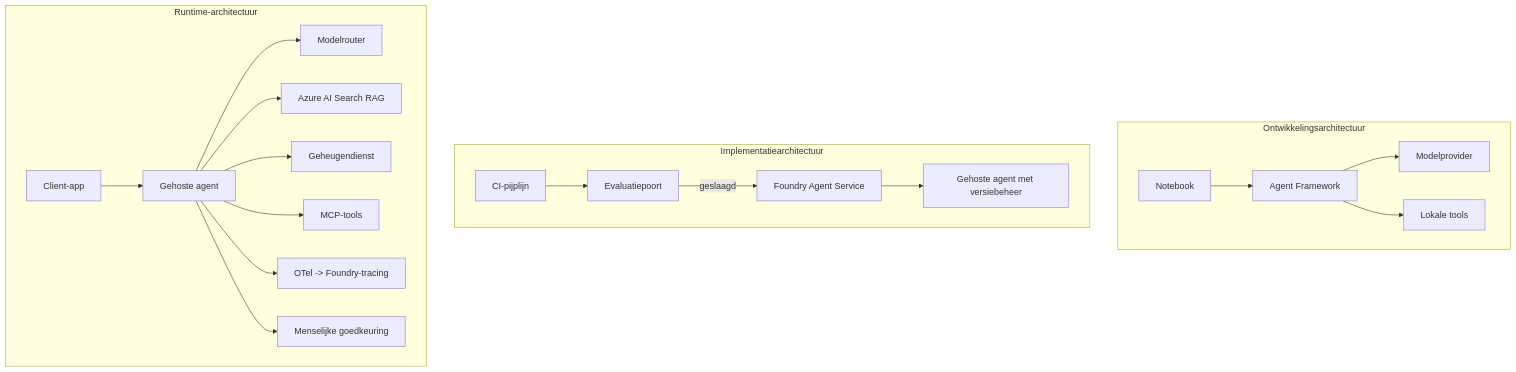
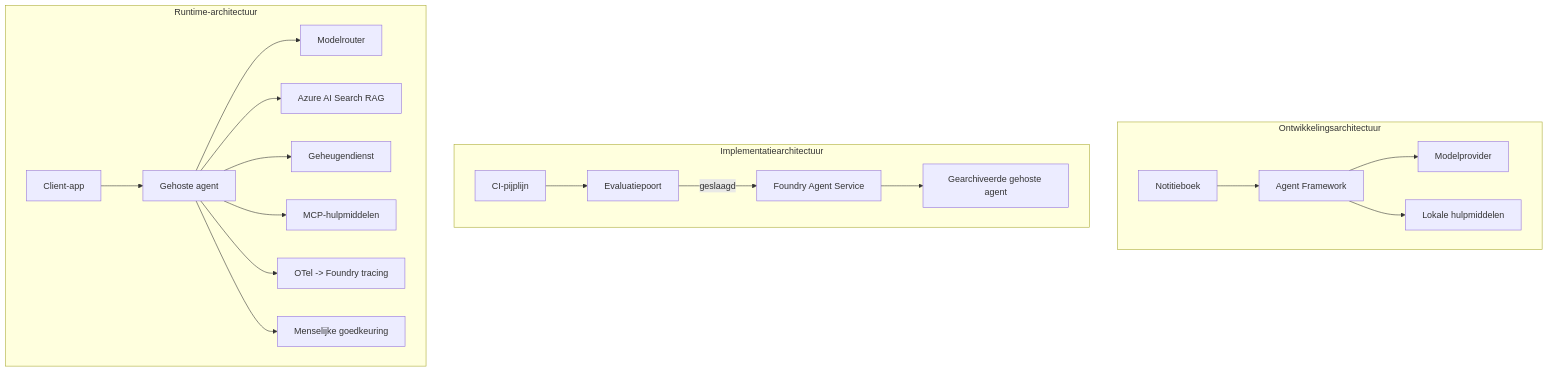
One commit to microsoft/ai-agents-for-beginners changed the fourth of 4 diagrams in translations/nl/16-deploying-scalable-agents/README.md. Above: the diagram before and after it, drawn with Mermaid. The commit also changed other lines of this file and 47 other files, not shown here.

````diff
--- a/translations/nl/16-deploying-scalable-agents/README.md
+++ b/translations/nl/16-deploying-scalable-agents/README.md
@@ -185,22 +185,22 @@
 ```mermaid
 flowchart TB
     subgraph Dev[Ontwikkelingsarchitectuur]
-        D1[Notebook] --> D2[Agent Framework]
+        D1[Notitieboek] --> D2[Agent Framework]
         D2 --> D3[Modelprovider]
-        D2 --> D4[Lokale tools]
+        D2 --> D4[Lokale hulpmiddelen]
     end
     subgraph Deploy[Implementatiearchitectuur]
         E1[CI-pijplijn] --> E2[Evaluatiepoort]
         E2 -->|geslaagd| E3[Foundry Agent Service]
-        E3 --> E4[Gehoste agent met versiebeheer]
+        E3 --> E4[Gearchiveerde gehoste agent]
     end
     subgraph Run[Runtime-architectuur]
         F1[Client-app] --> F2[Gehoste agent]
         F2 --> F3[Modelrouter]
         F2 --> F4[Azure AI Search RAG]
         F2 --> F5[Geheugendienst]
-        F2 --> F6[MCP-tools]
-        F2 --> F7[OTel -> Foundry-tracing]
+        F2 --> F6[MCP-hulpmiddelen]
+        F2 --> F7[OTel -> Foundry tracing]
         F2 --> F8[Menselijke goedkeuring]
     end
 ```
````
